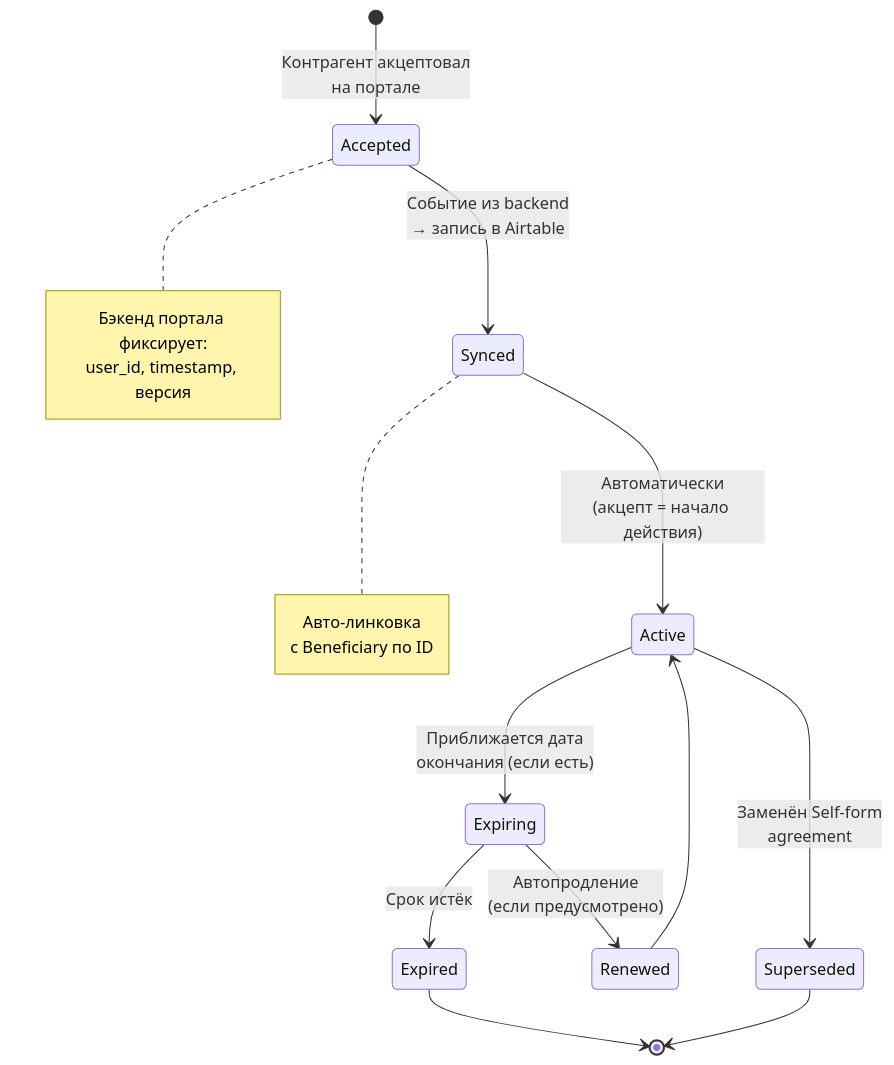
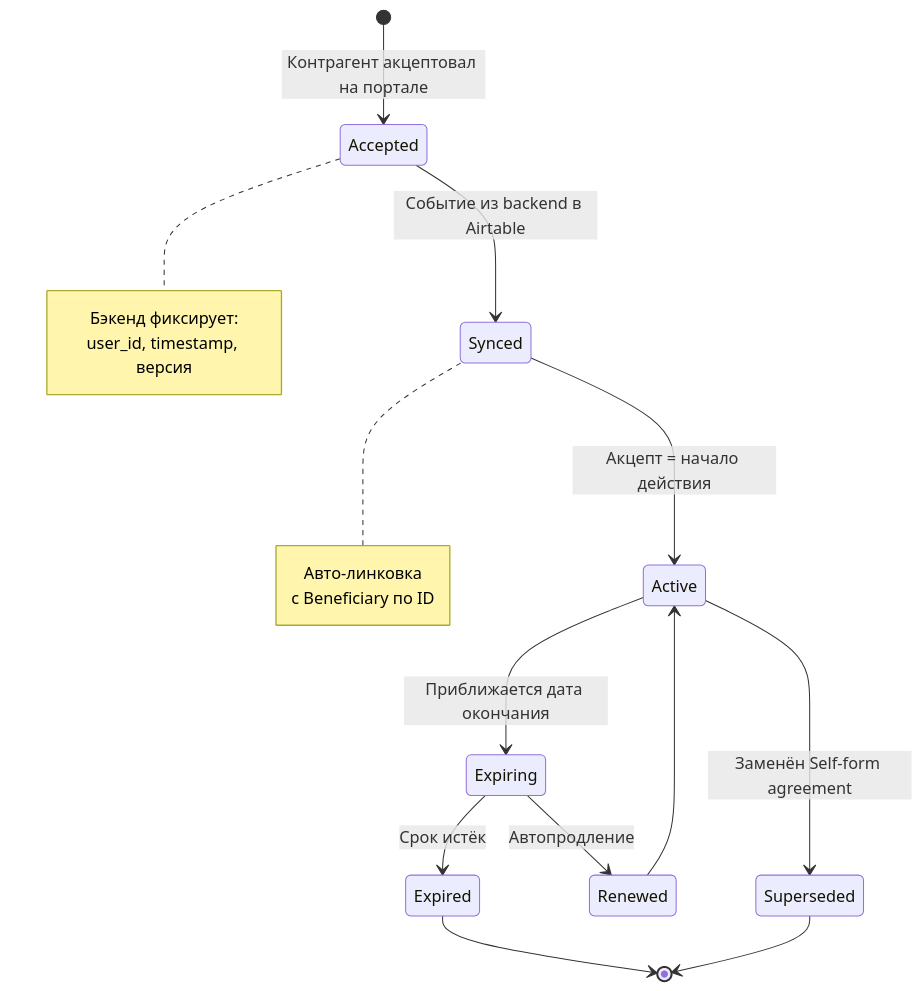
Before and after one commit to myazykov/vacancy_Test: the second of 3 diagrams in diagrams_state.md, drawn with Mermaid. The commit also changed other lines of this file, not shown here.

Commit message:
Refactor mermaid diagrams for clarity and consistency

````diff
--- a/diagrams_state.md
+++ b/diagrams_state.md
@@ -56,28 +56,28 @@
 ```mermaid
 stateDiagram-v2
-    [*] --> Accepted: Контрагент акцептовал<br/>на портале
+    [*] --> Accepted: Контрагент акцептовал на портале
 
-    Accepted --> Synced: Событие из backend<br/>→ запись в Airtable
+    Accepted --> Synced: Событие из backend в Airtable
 
-    Synced --> Active: Автоматически<br/>(акцепт = начало действия)
+    Synced --> Active: Акцепт = начало действия
 
-    Active --> Expiring: Приближается дата<br/>окончания (если есть)
-    Active --> Superseded: Заменён Self-form<br/>agreement
+    Active --> Expiring: Приближается дата окончания
+    Active --> Superseded: Заменён Self-form agreement
     
-    Expiring --> Renewed: Автопродление<br/>(если предусмотрено)
+    Expiring --> Renewed: Автопродление
     Expiring --> Expired: Срок истёк
     Renewed --> Active
     
     Expired --> [*]
     Superseded --> [*]
 
     note right of Accepted
-        Бэкенд портала фиксирует:
+        Бэкенд фиксирует:
         user_id, timestamp, версия
     end note
 
     note right of Synced
         Авто-линковка
         с Beneficiary по ID
     end note
 ```
````
